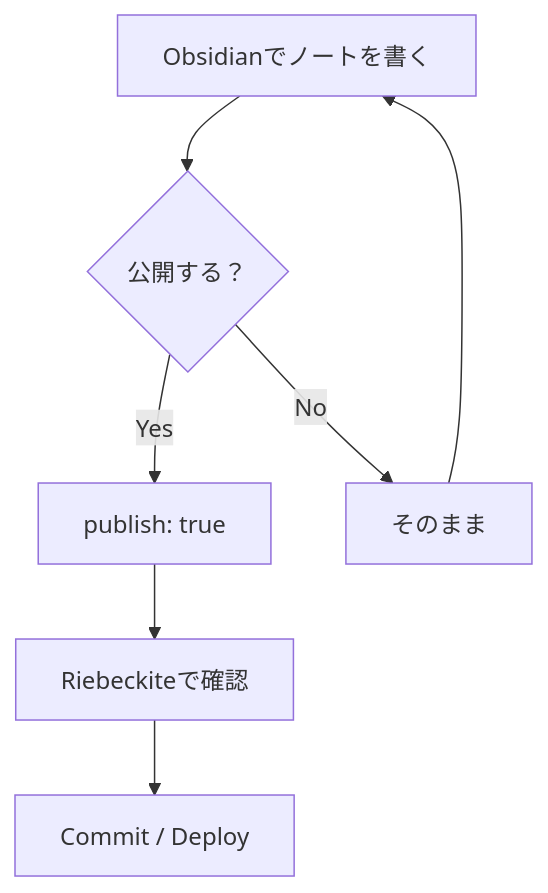
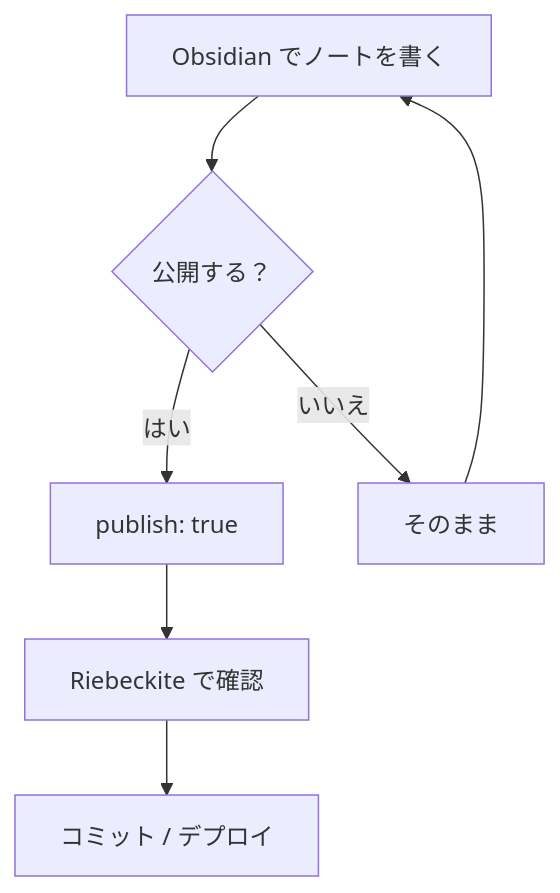
The seventh of 7 diagrams in docs/docs/guides/obsidian.ja.md (Rerurate514/riebeckite), drawn with Mermaid before and after one commit. The commit also changed other lines of this file and 310 other files, not shown here.

````diff
--- a/docs/docs/guides/obsidian.ja.md
+++ b/docs/docs/guides/obsidian.ja.md
@@ -549,15 +493,15 @@
 ```mermaid id="kav3eq"
 flowchart TD
-    Write["Obsidianでノートを書く"]
+    Write["Obsidian でノートを書く"]
     Decide{"公開する？"}
 
-    Decide -->|Yes| Publish["publish: true"]
-    Decide -->|No| Private["そのまま"]
+    Decide -->|"はい"| Publish["publish: true"]
+    Decide -->|"いいえ"| Private["そのまま"]
 
     Write --> Decide
 
-    Publish --> Dev["Riebeckiteで確認"]
+    Publish --> Dev["Riebeckite で確認"]
     Private --> Write
 
-    Dev --> Push["Commit / Deploy"]
+    Dev --> Push["コミット / デプロイ"]
 ```
````
